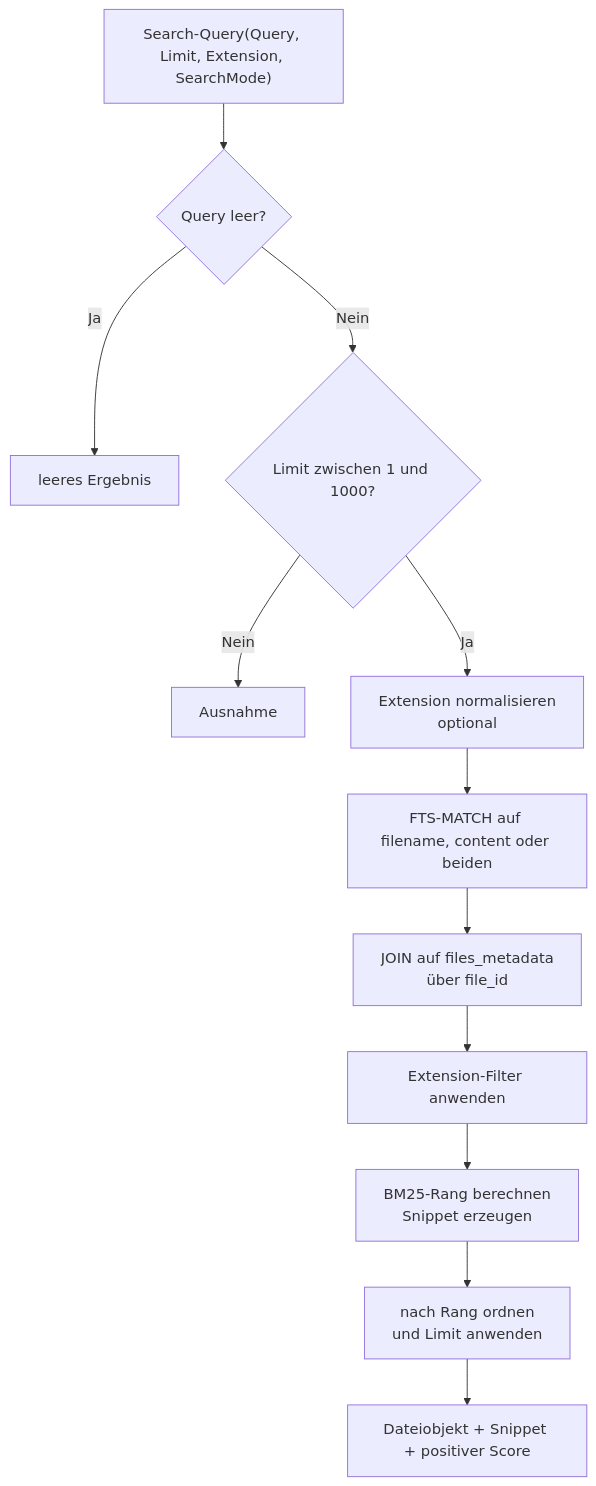
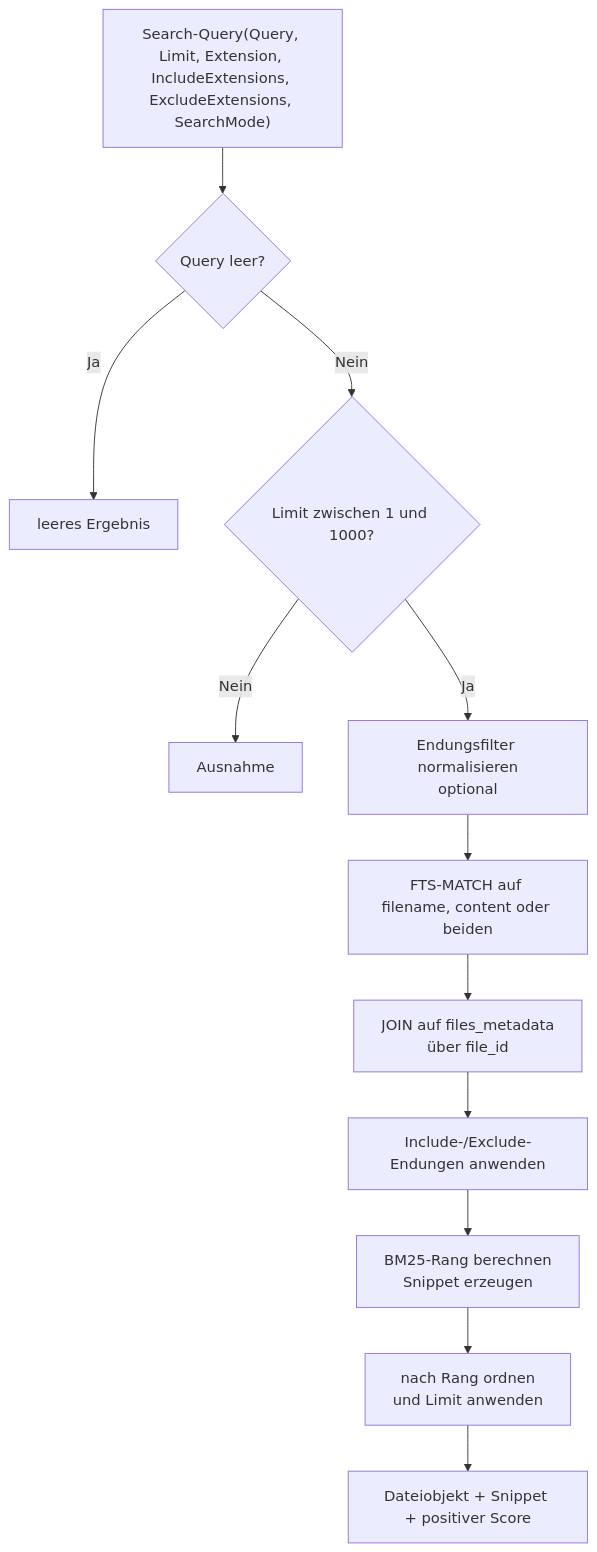
The third of 12 diagrams in DATABASE.md (Henry-lge/PowerShell-Suchmaschine), drawn with Mermaid before and after one commit. The commit also changed other lines of this file and 4 other files, not shown here.

````diff
--- a/DATABASE.md
+++ b/DATABASE.md
@@ -617,14 +640,14 @@
 ```mermaid
 flowchart TD
-    A["Search-Query(Query, Limit, Extension, SearchMode)"] --> B{"Query leer?"}
+    A["Search-Query(Query, Limit, Extension, IncludeExtensions, ExcludeExtensions, SearchMode)"] --> B{"Query leer?"}
     B -- Ja --> C["leeres Ergebnis"]
     B -- Nein --> D{"Limit zwischen 1 und 1000?"}
     D -- Nein --> E["Ausnahme"]
-    D -- Ja --> F["Extension normalisieren<br/>optional"]
+    D -- Ja --> F["Endungsfilter normalisieren<br/>optional"]
     F --> G["FTS-MATCH auf filename, content oder beiden"]
     G --> H["JOIN auf files_metadata<br/>über file_id"]
-    H --> I["Extension-Filter anwenden"]
+    H --> I["Include-/Exclude-Endungen anwenden"]
     I --> J["BM25-Rang berechnen<br/>Snippet erzeugen"]
     J --> K["nach Rang ordnen<br/>und Limit anwenden"]
     K --> L["Dateiobjekt + Snippet + positiver Score"]
 ```
````
